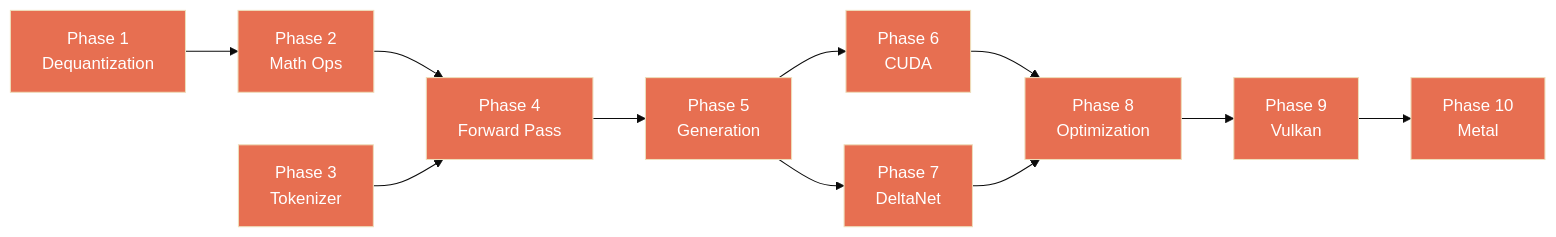
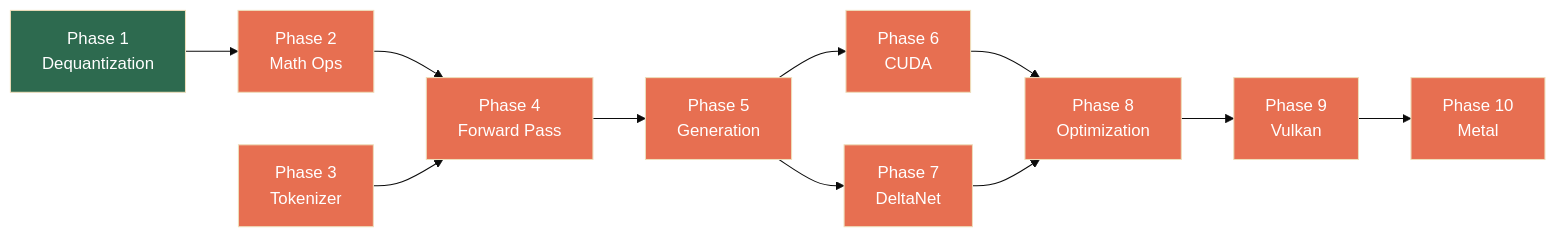
One commit to MjrTom/daisi-llogos changed the diagram in README.md. Above: the diagram before and after it, drawn with Mermaid (base theme). The commit also changed other lines of this file and 9 other files, not shown here.

````diff
--- a/README.md
+++ b/README.md
@@ -48,32 +51,32 @@
 ```mermaid
 flowchart LR
     P1["Phase 1\nDequantization"]
     P2["Phase 2\nMath Ops"]
     P3["Phase 3\nTokenizer"]
     P4["Phase 4\nForward Pass"]
     P5["Phase 5\nGeneration"]
     P6["Phase 6\nCUDA"]
     P7["Phase 7\nDeltaNet"]
     P8["Phase 8\nOptimization"]
     P9["Phase 9\nVulkan"]
     P10["Phase 10\nMetal"]
 
     P1 --> P2 --> P4
     P3 --> P4 --> P5
     P5 --> P6
     P5 --> P7
     P6 --> P8
     P7 --> P8
     P8 --> P9 --> P10
 
-    style P1 fill:#e76f51,color:#fff
+    style P1 fill:#2d6a4f,color:#fff
     style P2 fill:#e76f51,color:#fff
     style P3 fill:#e76f51,color:#fff
     style P4 fill:#e76f51,color:#fff
     style P5 fill:#e76f51,color:#fff
     style P6 fill:#e76f51,color:#fff
     style P7 fill:#e76f51,color:#fff
     style P8 fill:#e76f51,color:#fff
     style P9 fill:#e76f51,color:#fff
     style P10 fill:#e76f51,color:#fff
 ```
````
